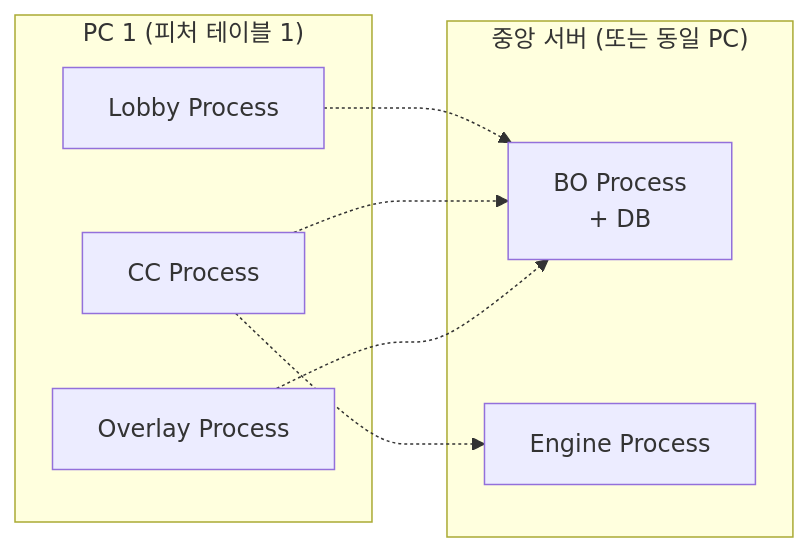
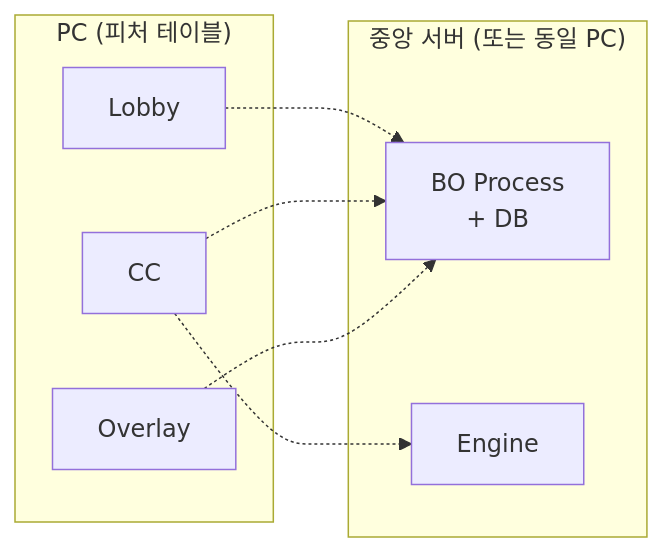
Before and after one commit to garimto81/ebs_github: the second of 5 diagrams in docs/1. Product/Foundation.md, drawn with Mermaid. The commit also changed other lines of this file, not shown here.

````diff
--- a/docs/1. Product/Foundation.md
+++ b/docs/1. Product/Foundation.md
@@ -454,16 +614,16 @@
 ```mermaid
 flowchart LR
-    subgraph PC1["PC 1 (피처 테이블 1)"]
-        LP1[Lobby Process]
-        CP1[CC Process]
-        OP1[Overlay Process]
+    subgraph PC["PC (피처 테이블)"]
+        L[Lobby]
+        C[CC]
+        O[Overlay]
     end
     subgraph Server["중앙 서버 (또는 동일 PC)"]
         BO[BO Process<br/>+ DB]
-        Eng[Engine Process]
+        Eng[Engine]
     end
-    LP1 -.-> BO
-    CP1 -.-> BO
-    CP1 -.-> Eng
-    OP1 -.-> BO
+    L -.-> BO
+    C -.-> BO
+    C -.-> Eng
+    O -.-> BO
 ```
````
